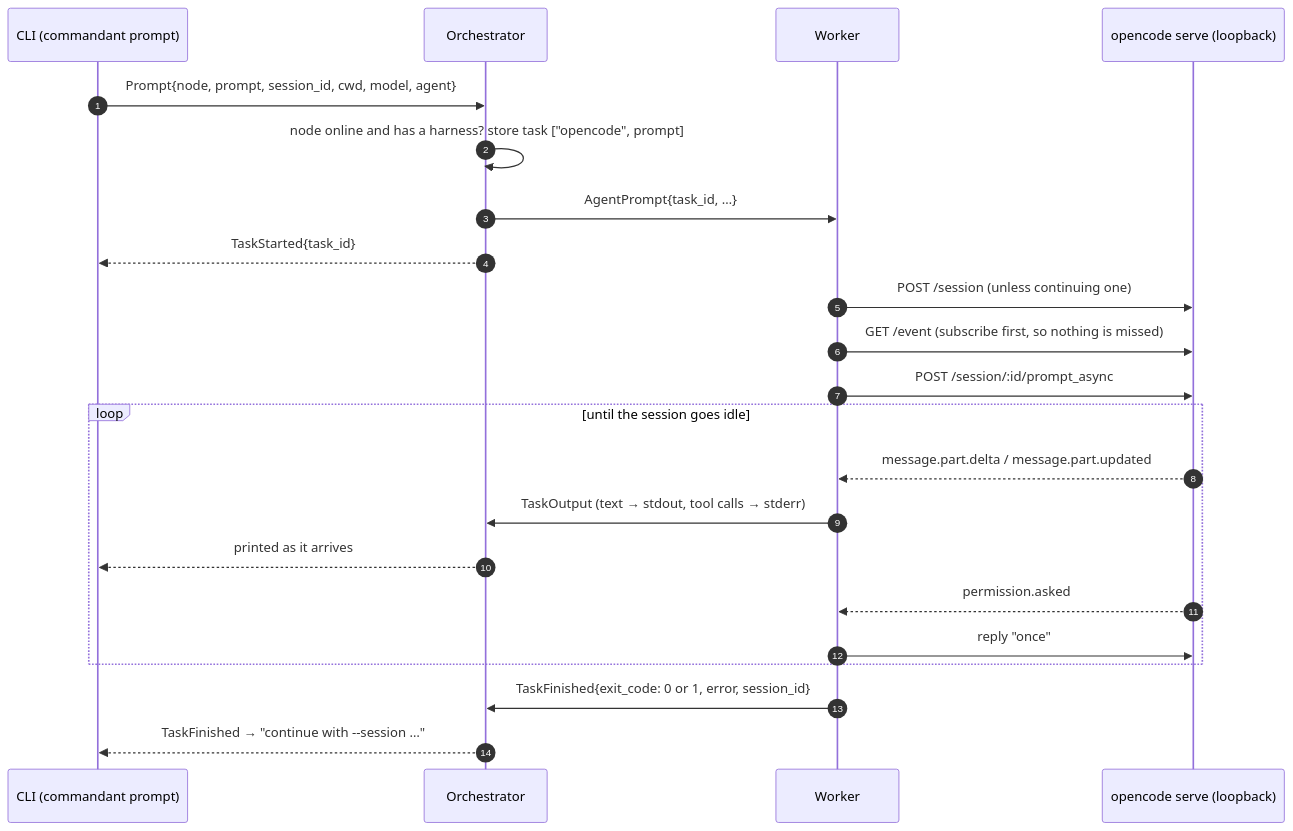
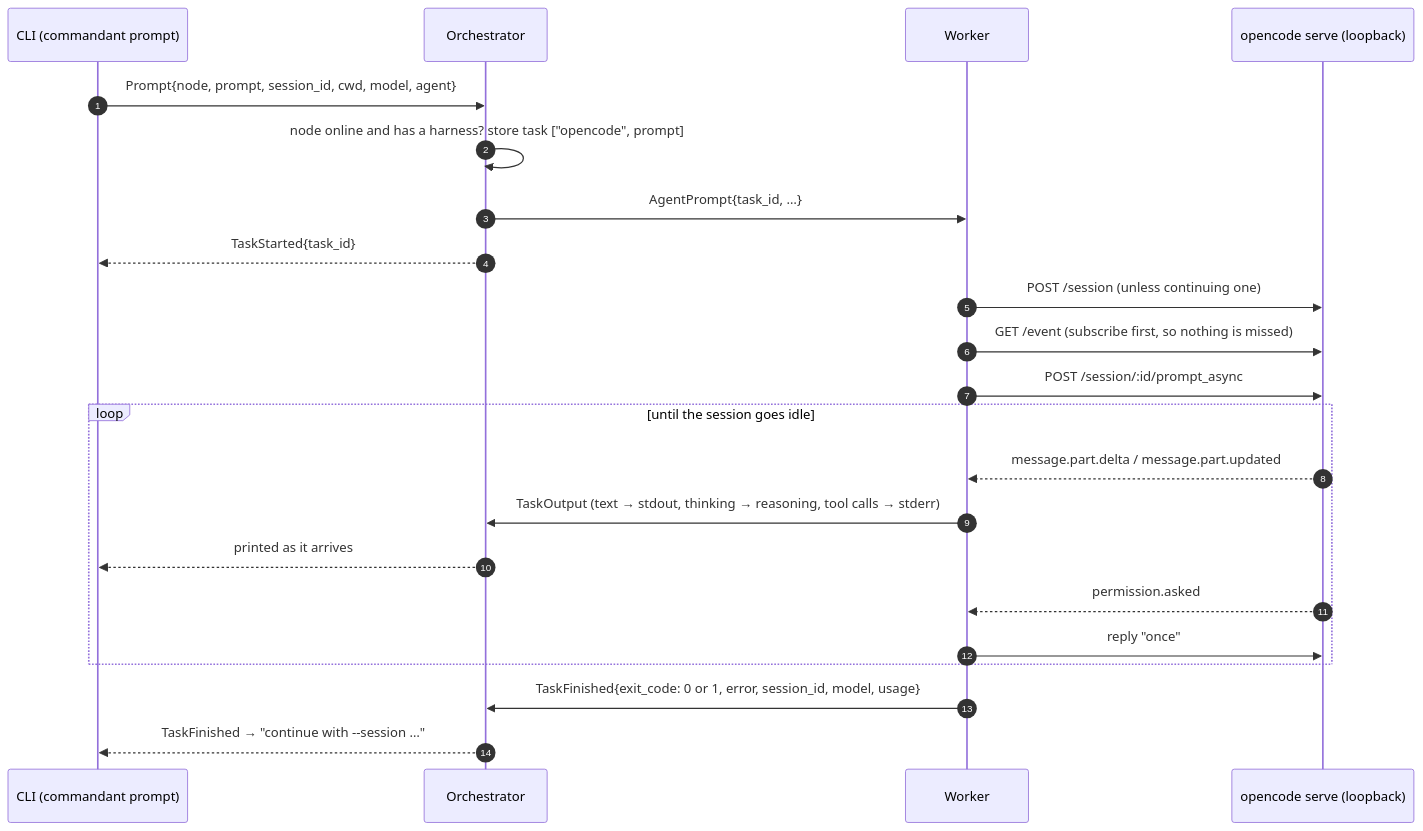
Before and after one commit to EwenSellitto/Commandant: the sixth of 8 diagrams in docs/architecture.md, drawn with Mermaid. The commit also changed other lines of this file and 2 other files, not shown here.

````diff
--- a/docs/architecture.md
+++ b/docs/architecture.md
@@ -192,25 +208,25 @@
 ```mermaid
 sequenceDiagram
     autonumber
     participant C as CLI (commandant prompt)
     participant O as Orchestrator
     participant W as Worker
     participant S as opencode serve (loopback)
 
     C->>O: Prompt{node, prompt, session_id, cwd, model, agent}
     O->>O: node online and has a harness? store task ["opencode", prompt]
     O->>W: AgentPrompt{task_id, …}
     O-->>C: TaskStarted{task_id}
     W->>S: POST /session (unless continuing one)
     W->>S: GET /event (subscribe first, so nothing is missed)
     W->>S: POST /session/:id/prompt_async
     loop until the session goes idle
         S-->>W: message.part.delta / message.part.updated
-        W->>O: TaskOutput (text → stdout, tool calls → stderr)
+        W->>O: TaskOutput (text → stdout, thinking → reasoning, tool calls → stderr)
         O-->>C: printed as it arrives
         S-->>W: permission.asked
         W->>S: reply "once"
     end
-    W->>O: TaskFinished{exit_code: 0 or 1, error, session_id}
+    W->>O: TaskFinished{exit_code: 0 or 1, error, session_id, model, usage}
     O-->>C: TaskFinished → "continue with --session …"
 ```
````
